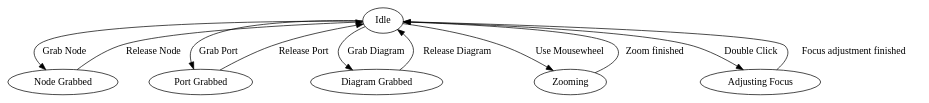
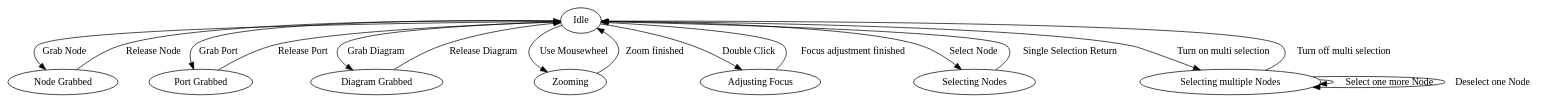
Before and after one commit to Oppodelldog/touch-graph: the diagram in src/State/states.dot, drawn with Graphviz. The commit also changed 13 other files, not shown here.

Commit message:
add selecting a node by simple clicking (also dragging selects the node) user may press and hold control for multiselection

```diff
--- a/src/State/states.dot
+++ b/src/State/states.dot
@@ -1,16 +1,24 @@
 digraph {
     "Idle" -> "Node Grabbed" [ label = "Grab Node" ]
     "Node Grabbed" -> "Idle" [ label = "Release Node" ]
 
     "Idle" -> "Port Grabbed" [ label = "Grab Port" ]
     "Port Grabbed" -> "Idle" [ label = "Release Port" ]
 
     "Idle" -> "Diagram Grabbed" [ label = "Grab Diagram" ]
     "Diagram Grabbed" -> "Idle" [ label = "Release Diagram" ]
 
     "Idle" -> "Zooming" [ label = "Use Mousewheel" ]
     "Zooming" -> "Idle" [ label = "Zoom finished" ]
 
     "Idle" -> "Adjusting Focus" [ label = "Double Click" ]
     "Adjusting Focus" -> "Idle" [ label = "Focus adjustment finished" ]
+
+    "Idle" -> "Selecting Nodes" [ label = "Select Node" ]
+    "Selecting Nodes" -> "Idle" [ label = "Single Selection Return" ]
+
+    "Idle" -> "Selecting multiple Nodes" [ label = "Turn on multi selection" ]
+    "Selecting multiple Nodes" -> "Selecting multiple Nodes" [ label = "Select one more Node" ]
+    "Selecting multiple Nodes" -> "Selecting multiple Nodes" [ label = "Deselect one Node" ]
+    "Selecting multiple Nodes" -> "Idle" [ label = "Turn off multi selection" ]
 }
```
